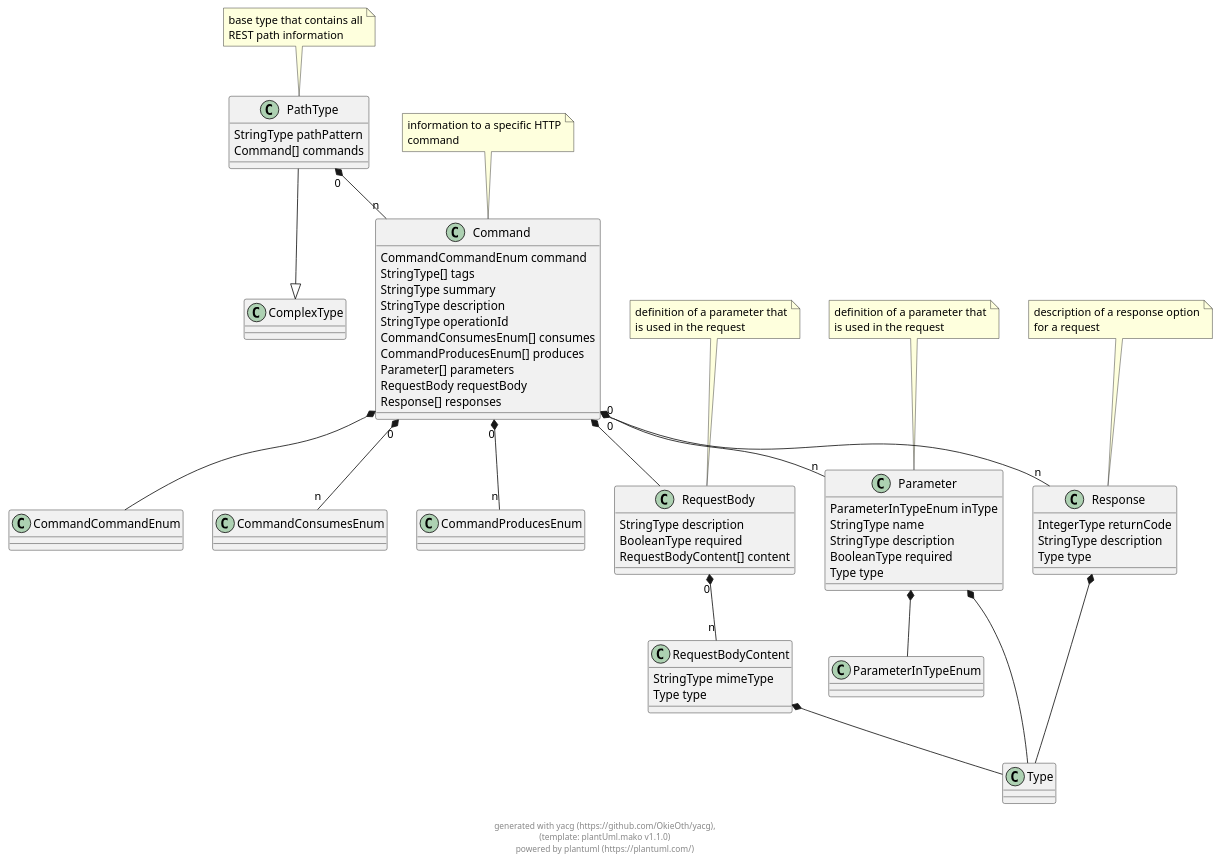
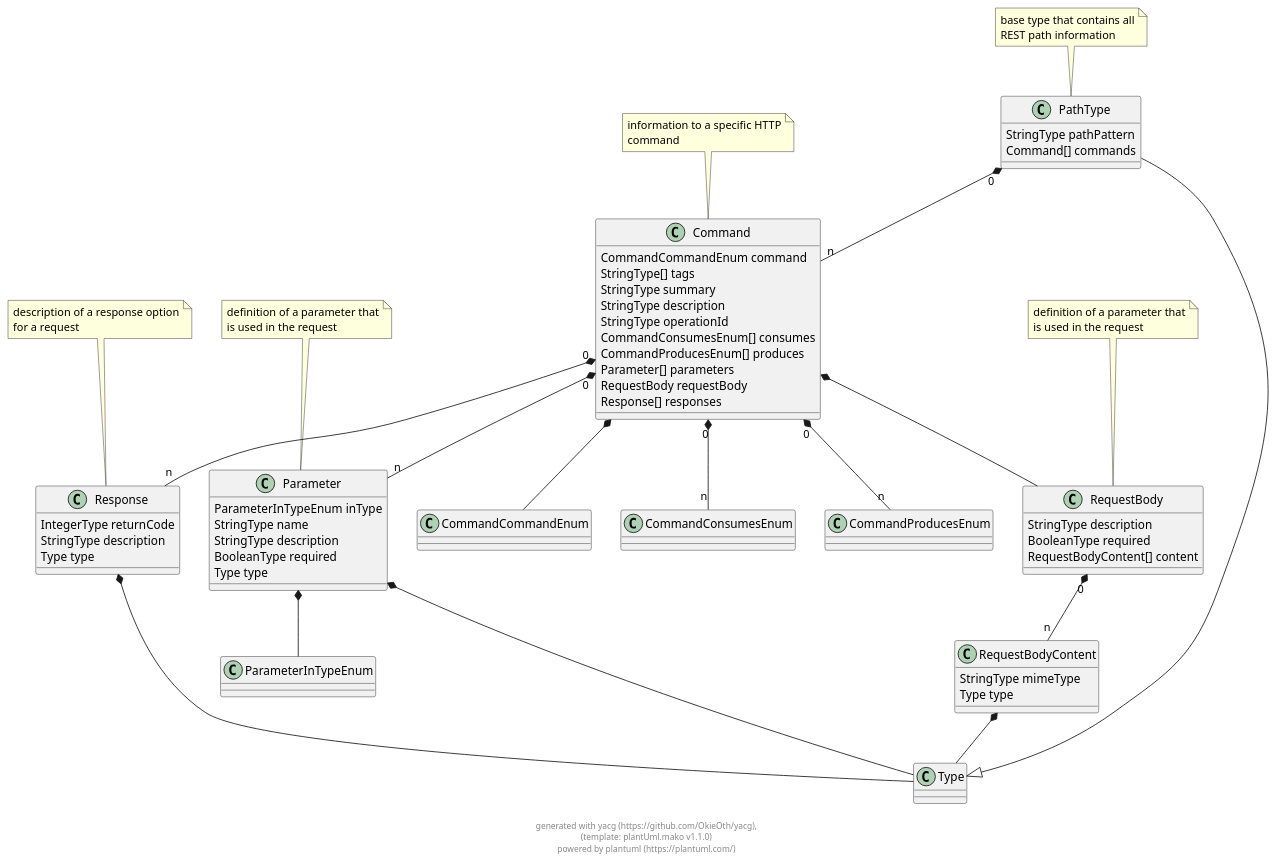
One commit to OkieOth/yacg changed the diagram in docs/puml/yacg_openapi.puml. Above: the diagram before and after it, drawn with PlantUML. The commit also changed 2 other files, not shown here.

```diff
--- a/docs/puml/yacg_openapi.puml
+++ b/docs/puml/yacg_openapi.puml
@@ -2,111 +2,111 @@
 @startuml
 
 class PathType {
     StringType pathPattern 
     Command[] commands 
 }
  
 note top: base type that contains all\nREST path information
 
-PathType --|> ComplexType
+PathType --|> Type
 class Command {
     CommandCommandEnum command 
     StringType[] tags 
     StringType summary 
     StringType description 
     StringType operationId 
     CommandConsumesEnum[] consumes 
     CommandProducesEnum[] produces 
     Parameter[] parameters 
     RequestBody requestBody 
     Response[] responses 
 }
  
 note top: information to a specific HTTP\ncommand
 
 class CommandCommandEnum {
 }
  
 
 class CommandConsumesEnum {
 }
  
 
 class CommandProducesEnum {
 }
  
 
 class Parameter {
     ParameterInTypeEnum inType 
     StringType name 
     StringType description 
     BooleanType required 
     Type type 
 }
  
 note top: definition of a parameter that\nis used in the request
 
 class RequestBody {
     StringType description 
     BooleanType required 
     RequestBodyContent[] content 
 }
  
 note top: definition of a parameter that\nis used in the request
 
 class Response {
     IntegerType returnCode 
     StringType description 
     Type type 
 }
  
 note top: description of a response option\nfor a request
 
 class RequestBodyContent {
     StringType mimeType 
     Type type 
 }
  
 
 class ParameterInTypeEnum {
 }
  
 
 
     
 PathType "0" *-- "n" Command        
             
     
 Command  *--  CommandCommandEnum        
             
 Command "0" *-- "n" CommandConsumesEnum        
             
 Command "0" *-- "n" CommandProducesEnum        
             
 Command "0" *-- "n" Parameter        
             
 Command  *--  RequestBody        
             
 Command "0" *-- "n" Response        
             
     
     
     
     
 Parameter  *--  ParameterInTypeEnum        
             
 Parameter  *--  Type        
             
     
 RequestBody "0" *-- "n" RequestBodyContent        
             
     
 Response  *--  Type        
             
     
 RequestBodyContent  *--  Type        
             
     
 
 footer \ngenerated with yacg (https://github.com/OkieOth/yacg),\n(template: plantUml.mako v1.1.0)\npowered by plantuml (https://plantuml.com/)
 @enduml
```
